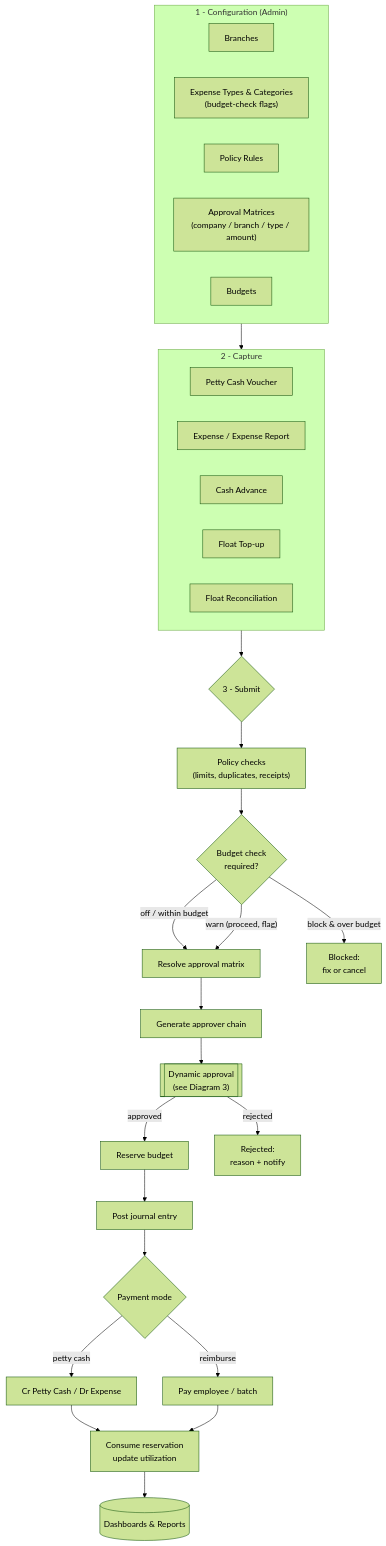
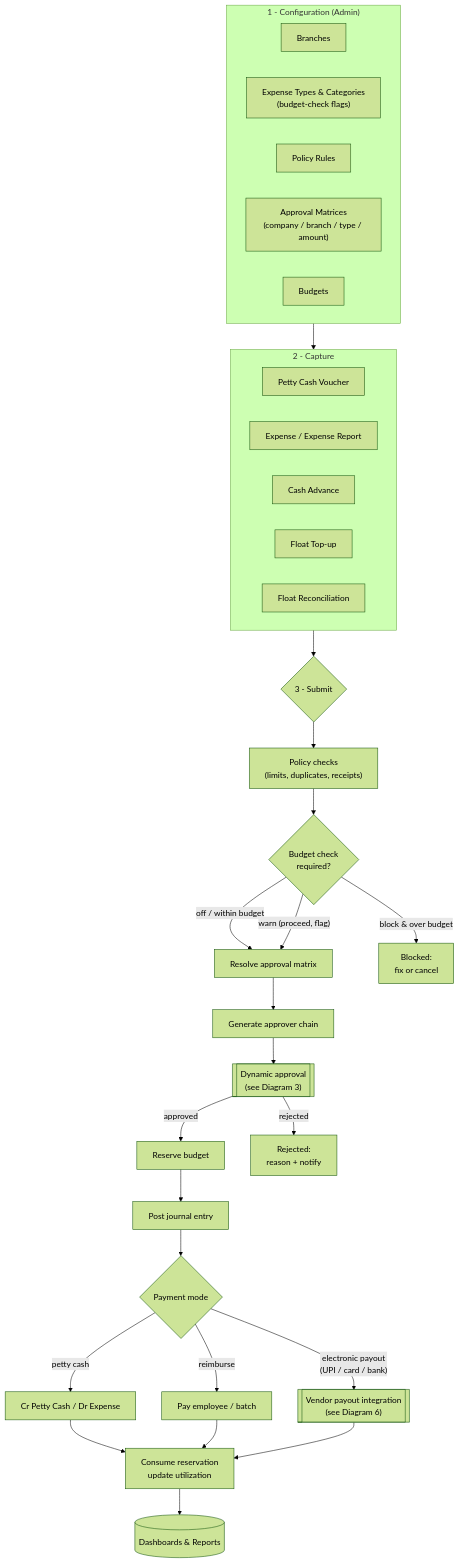
Before and after one commit to arunideen/small_payment_management: the first of 7 diagrams in docs/workflow.md, drawn with Mermaid (forest theme). The commit also changed other lines of this file and 3 other files, not shown here.

First line of the commit message:
Add vendor electronic payout integration (UPI/cards/bank) research & docs

````diff
--- a/docs/workflow.md
+++ b/docs/workflow.md
@@ -11,37 +11,39 @@
 ```mermaid
 flowchart TD
     subgraph CFG["1 - Configuration (Admin)"]
         A1["Branches"]
         A2["Expense Types & Categories<br/>(budget-check flags)"]
         A3["Policy Rules"]
         A4["Approval Matrices<br/>(company / branch / type / amount)"]
         A5["Budgets"]
     end
 
     subgraph CAP["2 - Capture"]
         B1["Petty Cash Voucher"]
         B2["Expense / Expense Report"]
         B3["Cash Advance"]
         B4["Float Top-up"]
         B5["Float Reconciliation"]
     end
 
     CFG --> CAP
     CAP --> C{"3 - Submit"}
     C --> D["Policy checks<br/>(limits, duplicates, receipts)"]
     D --> E{"Budget check<br/>required?"}
     E -- "off / within budget" --> F["Resolve approval matrix"]
     E -- "warn (proceed, flag)" --> F
     E -- "block & over budget" --> X1["Blocked:<br/>fix or cancel"]
     F --> G["Generate approver chain"]
     G --> H[["Dynamic approval<br/>(see Diagram 3)"]]
     H -- approved --> I["Reserve budget"]
     I --> J["Post journal entry"]
     J --> K{"Payment mode"}
     K -- "petty cash" --> K1["Cr Petty Cash / Dr Expense"]
     K -- "reimburse" --> K2["Pay employee / batch"]
+    K -- "electronic payout<br/>(UPI / card / bank)" --> K3[["Vendor payout integration<br/>(see Diagram 6)"]]
     K1 --> L["Consume reservation<br/>update utilization"]
     K2 --> L
+    K3 --> L
     H -- rejected --> X2["Rejected:<br/>reason + notify"]
     L --> M[("Dashboards & Reports")]
 ```
````
